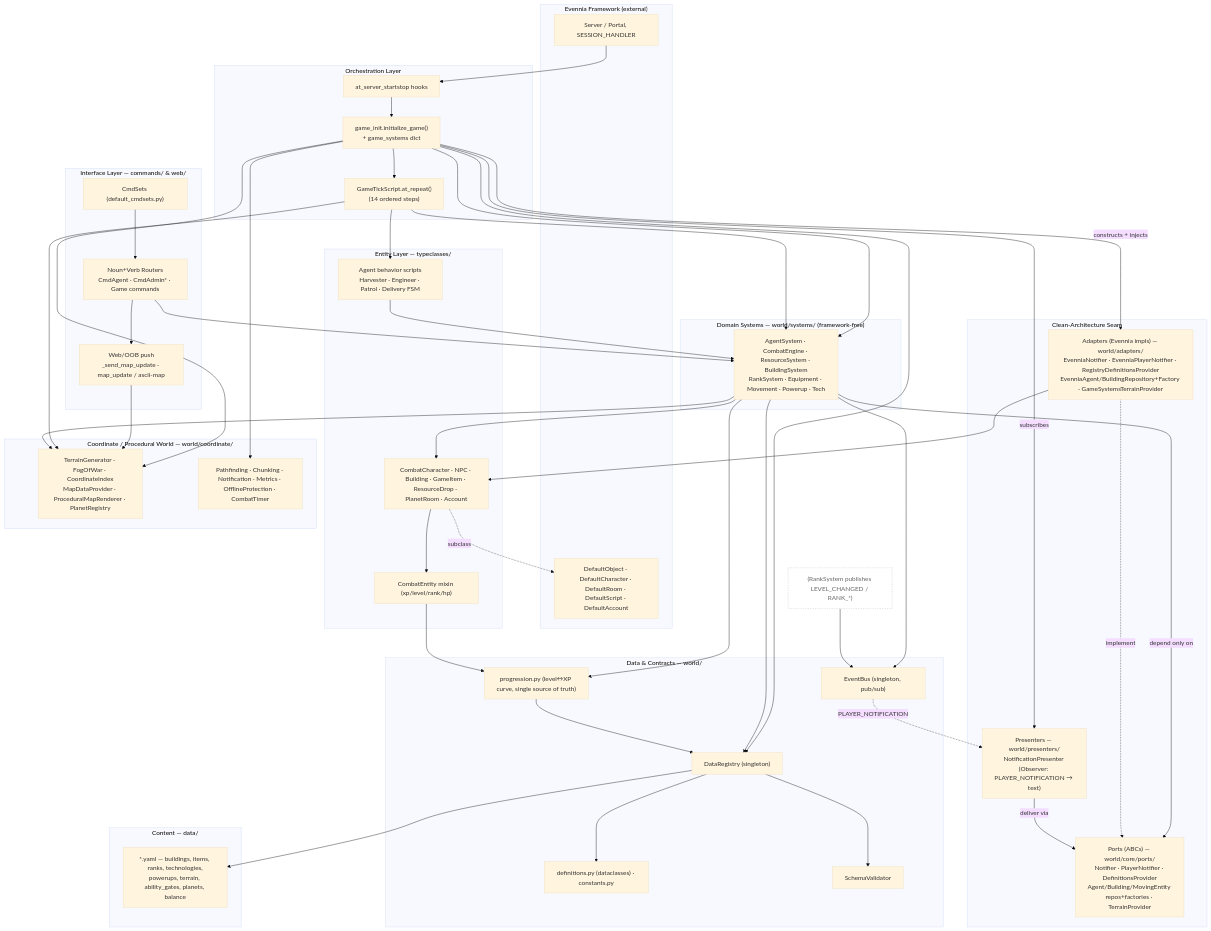
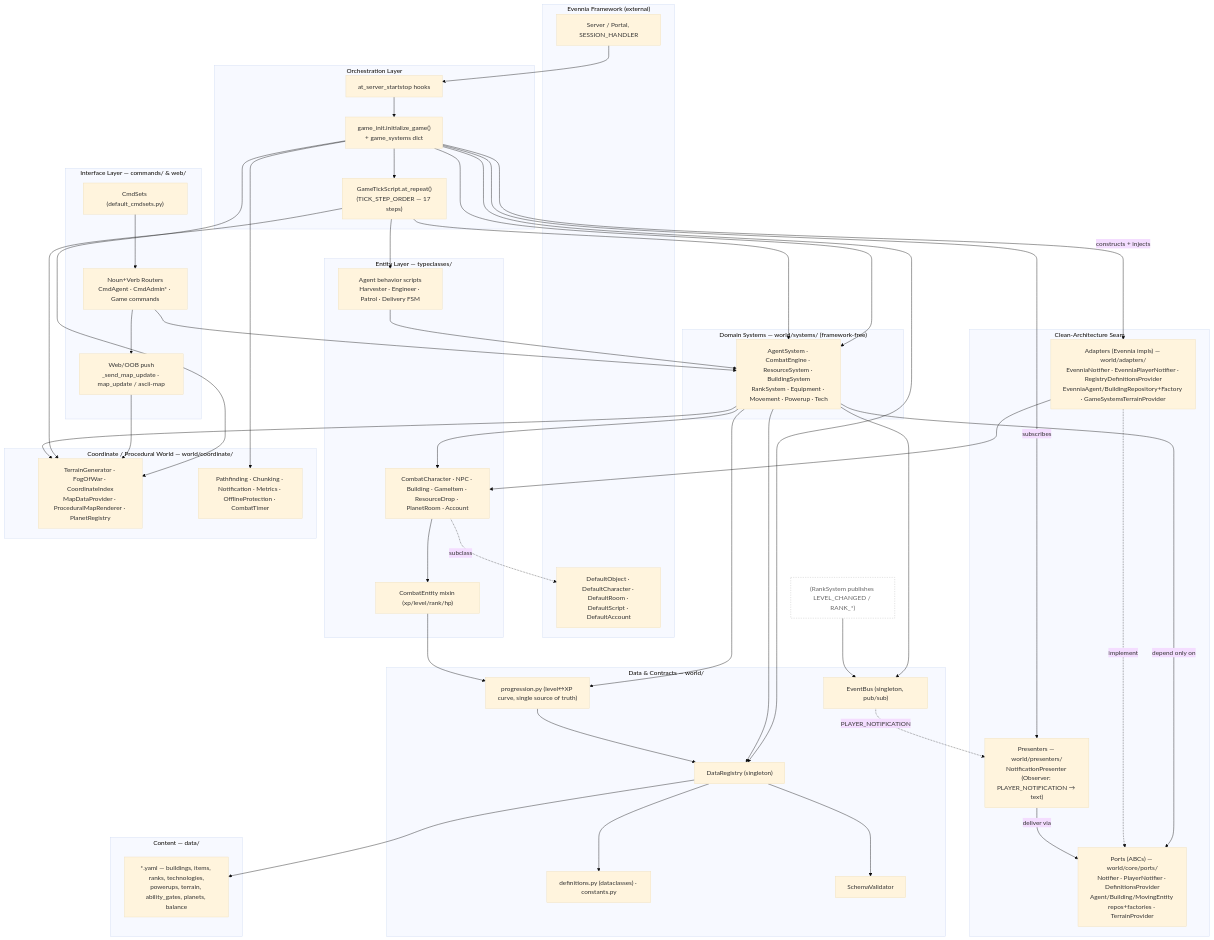
One commit to victorkhou/ProjectV changed the first of 13 diagrams in mygame/ARCHITECTURE.md. Above: the diagram before and after it, drawn with Mermaid (base theme). The commit also changed other lines of this file, not shown here.

First line of the commit message:
docs(architecture): document the PvE NPC-bases feature

```diff
--- a/mygame/ARCHITECTURE.md
+++ b/mygame/ARCHITECTURE.md
@@ -42,7 +42,7 @@
 
     subgraph L6["Orchestration Layer"]
         Boot["game_init.initialize_game()<br/>+ game_systems dict"]
-        Tick["GameTickScript.at_repeat()<br/>(14 ordered steps)"]
+        Tick["GameTickScript.at_repeat()<br/>(TICK_STEP_ORDER — 17 steps)"]
         Hooks["at_server_startstop hooks"]
     end
 
```
